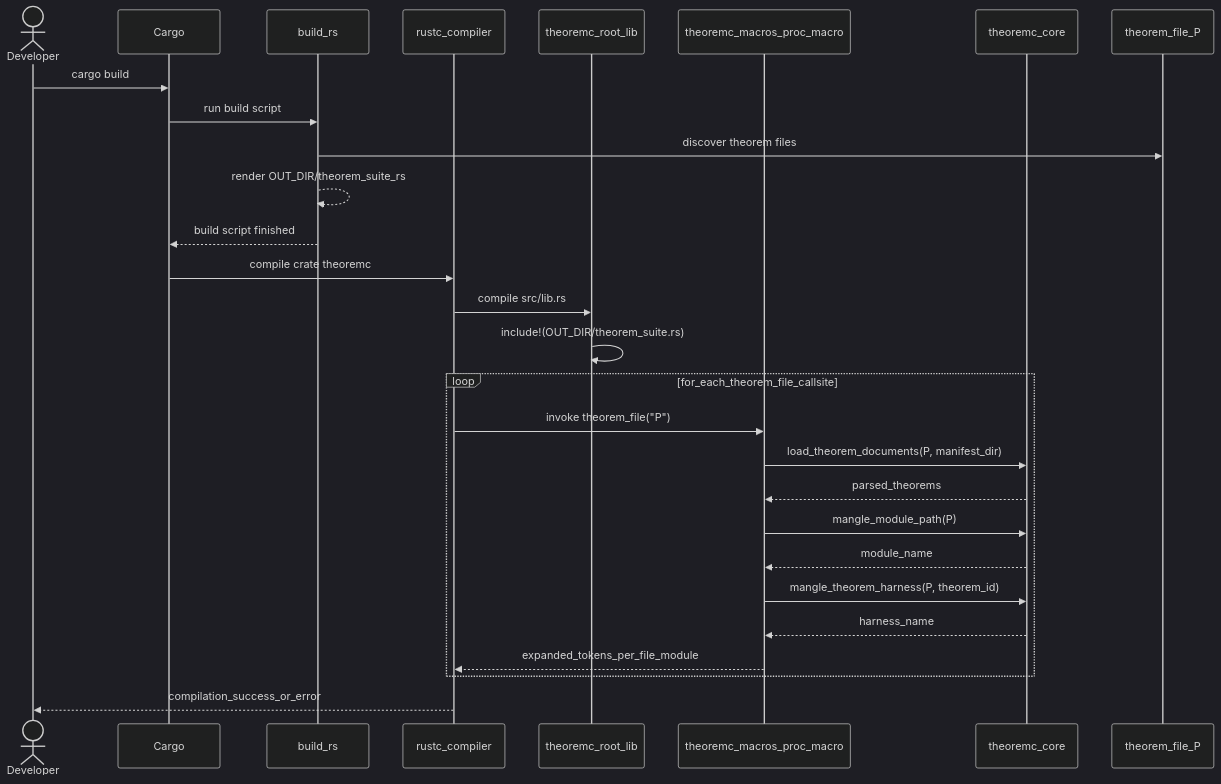
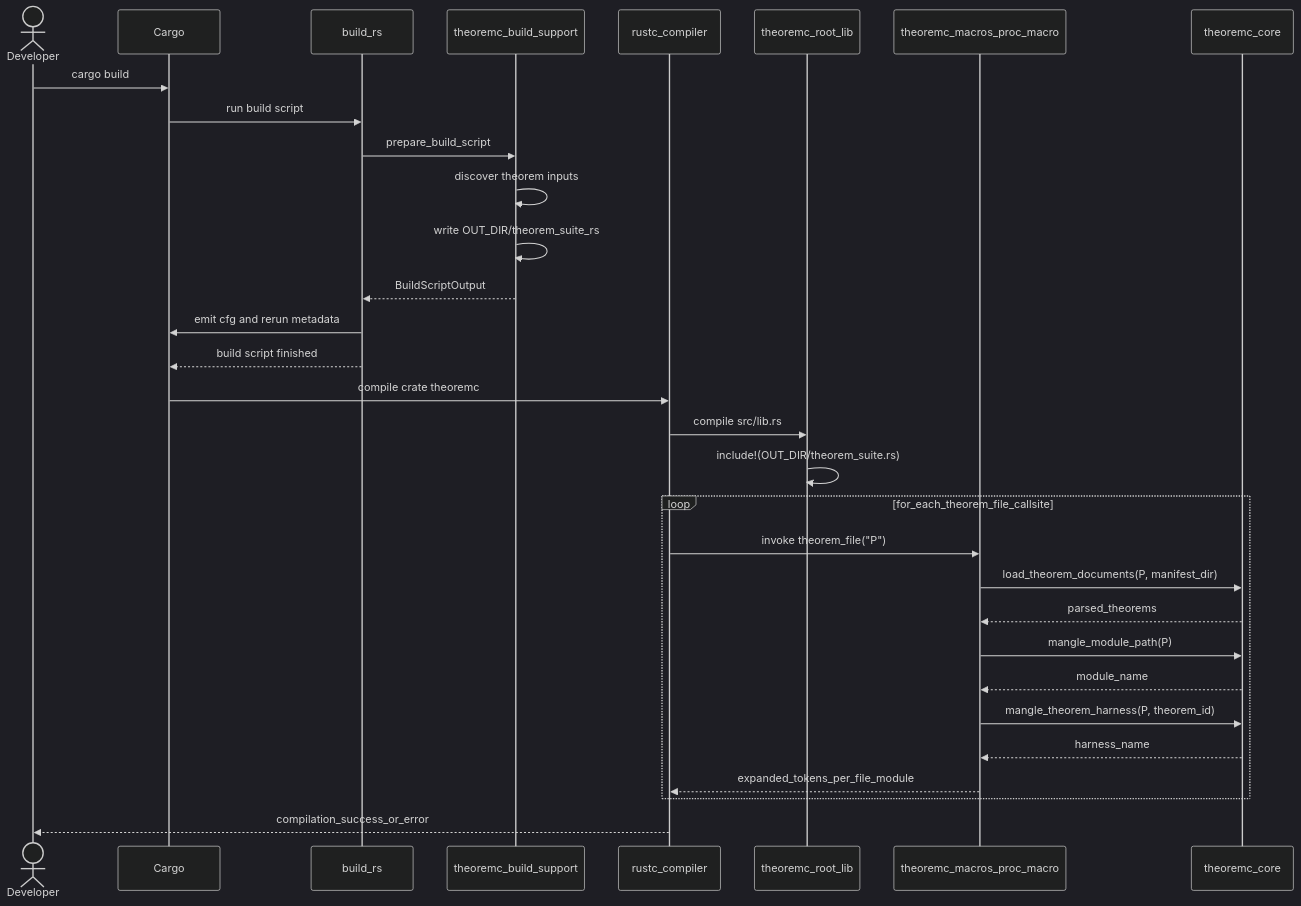
The fifth of 6 diagrams in docs/theoremc-design.md (leynos/theoremc), drawn with Mermaid (dark theme) before and after one commit. The commit also changed other lines of this file and 7 other files, not shown here.

First line of the commit message:
Resolve build-support review findings (#49)

````diff
--- a/docs/theoremc-design.md
+++ b/docs/theoremc-design.md
@@ -1419,32 +1424,35 @@
 ```mermaid
 sequenceDiagram
     actor Developer
     participant Cargo
     participant BuildRS as build_rs
+    participant BuildSupport as theoremc_build_support
     participant Rustc as rustc_compiler
     participant RootLib as theoremc_root_lib
     participant ProcMacro as theoremc_macros_proc_macro
     participant Core as theoremc_core
-    participant TheoremFile as theorem_file_P
 
     Developer->>Cargo: cargo build
     Cargo->>BuildRS: run build script
-    BuildRS->>TheoremFile: discover theorem files
-    BuildRS-->>BuildRS: render OUT_DIR/theorem_suite_rs
+    BuildRS->>BuildSupport: prepare_build_script
+    BuildSupport->>BuildSupport: discover theorem inputs
+    BuildSupport->>BuildSupport: write OUT_DIR/theorem_suite_rs
+    BuildSupport-->>BuildRS: BuildScriptOutput
+    BuildRS->>Cargo: emit cfg and rerun metadata
     BuildRS-->>Cargo: build script finished
 
     Cargo->>Rustc: compile crate theoremc
     Rustc->>RootLib: compile src/lib.rs
     RootLib->>RootLib: include!(OUT_DIR/theorem_suite.rs)
     loop for_each_theorem_file_callsite
         Rustc->>ProcMacro: invoke theorem_file("P")
         ProcMacro->>Core: load_theorem_documents(P, manifest_dir)
         Core-->>ProcMacro: parsed_theorems
         ProcMacro->>Core: mangle_module_path(P)
         Core-->>ProcMacro: module_name
         ProcMacro->>Core: mangle_theorem_harness(P, theorem_id)
         Core-->>ProcMacro: harness_name
         ProcMacro-->>Rustc: expanded_tokens_per_file_module
     end
     Rustc-->>Developer: compilation_success_or_error
 ```
````
